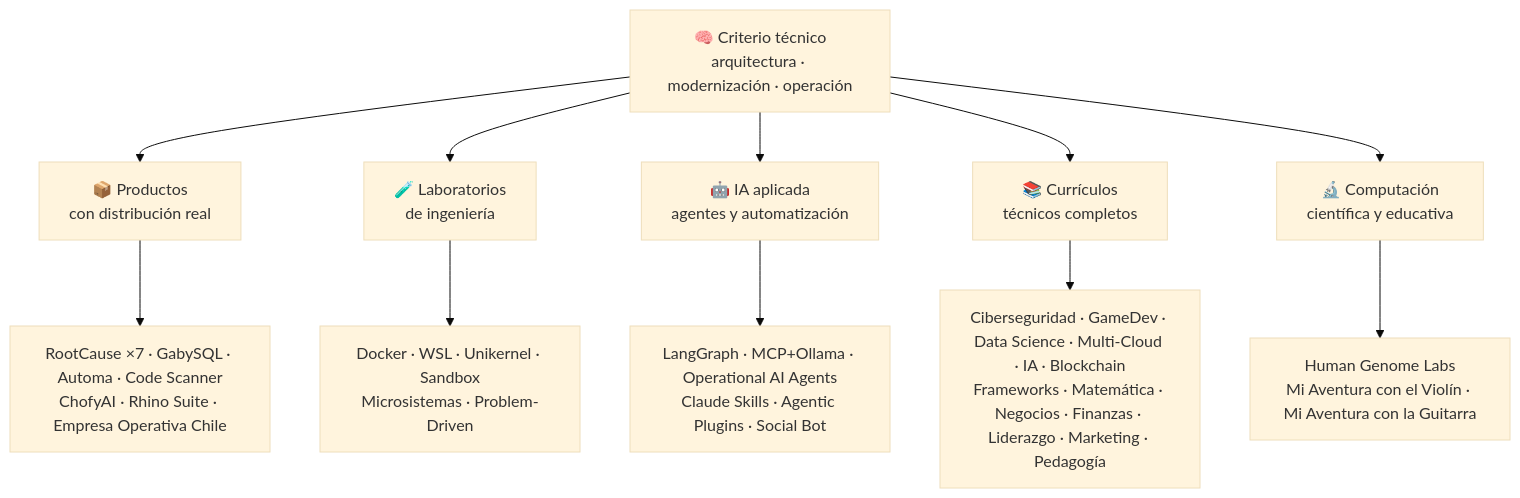
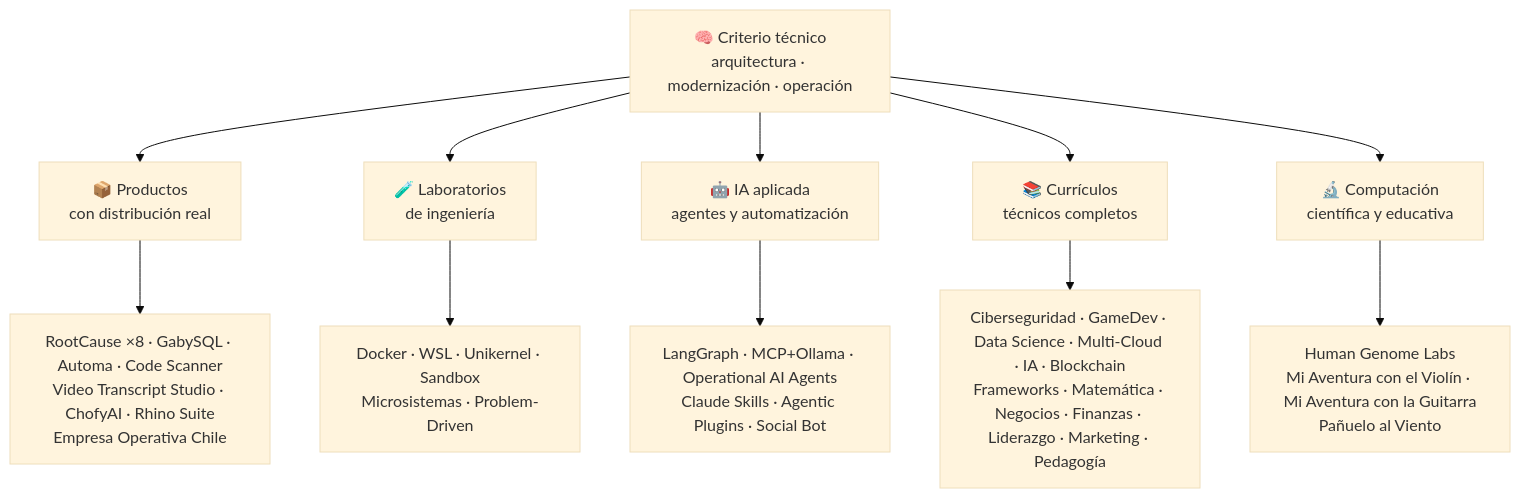
The diagram in README.md (vladimiracunadev-create/vladimiracunadev-create), drawn with Mermaid (base theme) before and after one commit. The commit also changed other lines of this file, not shown here.

First line of the commit message:
docs: sincroniza el perfil con el estado real de los repositorios

````diff
--- a/README.md
+++ b/README.md
@@ -74,14 +74,14 @@
 ```mermaid
 flowchart TD
     A["🧠 Criterio técnico<br/>arquitectura · modernización · operación"] --> B["📦 Productos<br/>con distribución real"]
     A --> C["🧪 Laboratorios<br/>de ingeniería"]
     A --> D["🤖 IA aplicada<br/>agentes y automatización"]
     A --> E["📚 Currículos<br/>técnicos completos"]
     A --> F["🔬 Computación<br/>científica y educativa"]
 
-    B --> B1["RootCause ×7 · GabySQL · Automa · Code Scanner<br/>ChofyAI · Rhino Suite · Empresa Operativa Chile"]
+    B --> B1["RootCause ×8 · GabySQL · Automa · Code Scanner<br/>Video Transcript Studio · ChofyAI · Rhino Suite<br/>Empresa Operativa Chile"]
     C --> C1["Docker · WSL · Unikernel · Sandbox<br/>Microsistemas · Problem-Driven"]
     D --> D1["LangGraph · MCP+Ollama · Operational AI Agents<br/>Claude Skills · Agentic Plugins · Social Bot"]
     E --> E1["Ciberseguridad · GameDev · Data Science · Multi-Cloud · IA · Blockchain<br/>Frameworks · Matemática · Negocios · Finanzas · Liderazgo · Marketing · Pedagogía"]
-    F --> F1["Human Genome Labs<br/>Mi Aventura con el Violín · Mi Aventura con la Guitarra"]
+    F --> F1["Human Genome Labs<br/>Mi Aventura con el Violín · Mi Aventura con la Guitarra<br/>Pañuelo al Viento"]
 ```
````
